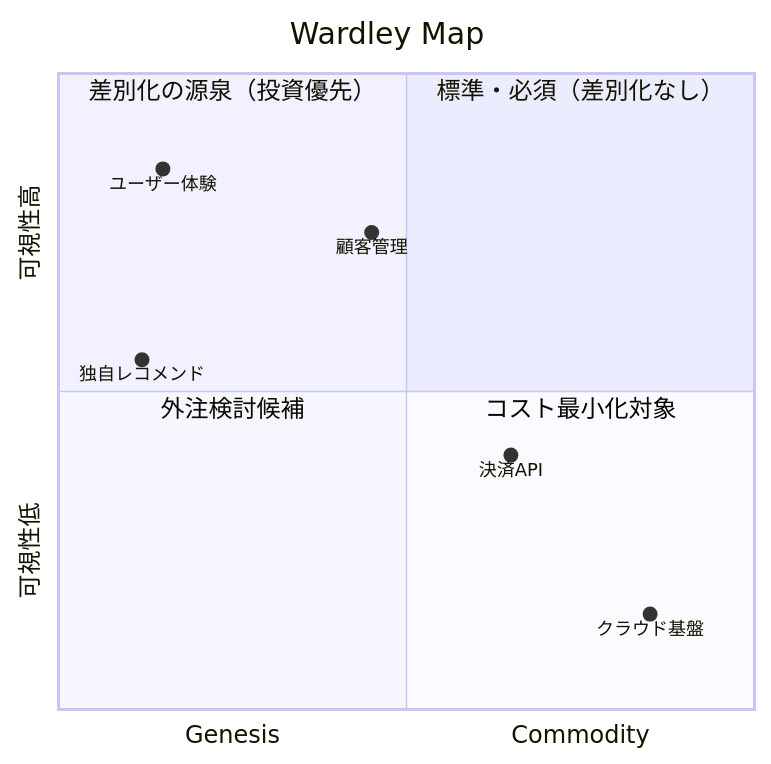
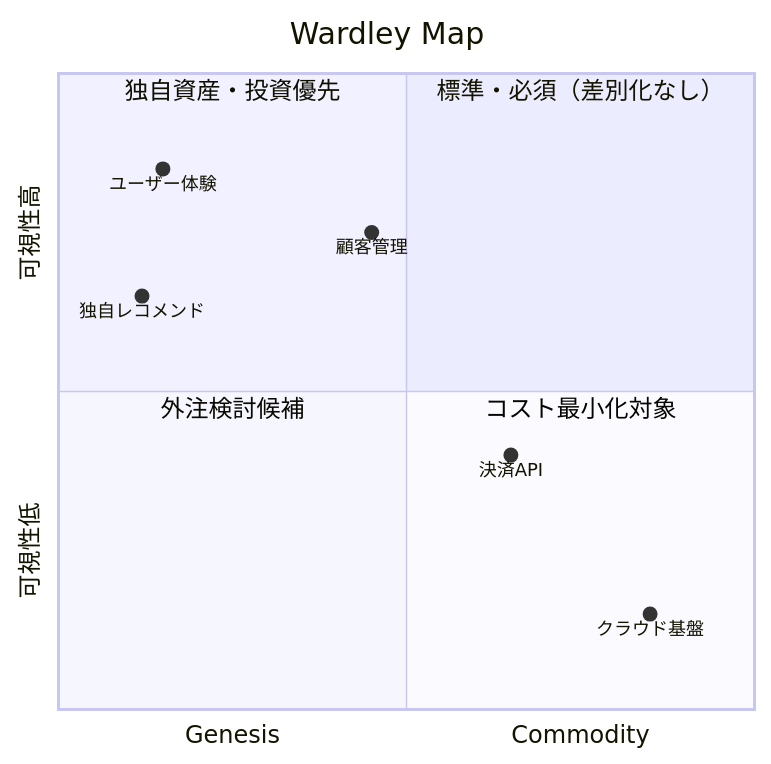
One commit to agaemo/dotfiles changed the diagram in claude/skills/think/wardley/README.md. Above: the diagram before and after it, drawn with Mermaid. The commit also changed 3 other files, not shown here.

````diff
--- a/claude/skills/think/wardley/README.md
+++ b/claude/skills/think/wardley/README.md
@@ -16,15 +16,15 @@
 ```mermaid
 quadrantChart
     title Wardley Map
     x-axis Genesis --> Commodity
     y-axis "可視性低" --> "可視性高"
     quadrant-1 "標準・必須（差別化なし）"
-    quadrant-2 "差別化の源泉（投資優先）"
+    quadrant-2 "独自資産・投資優先"
     quadrant-3 "外注検討候補"
     quadrant-4 "コスト最小化対象"
     "ユーザー体験": [0.15, 0.85]
-    "独自レコメンド": [0.12, 0.55]
+    "独自レコメンド": [0.12, 0.65]
     "顧客管理": [0.45, 0.75]
     "決済API": [0.65, 0.4]
     "クラウド基盤": [0.85, 0.15]
 ```
````
